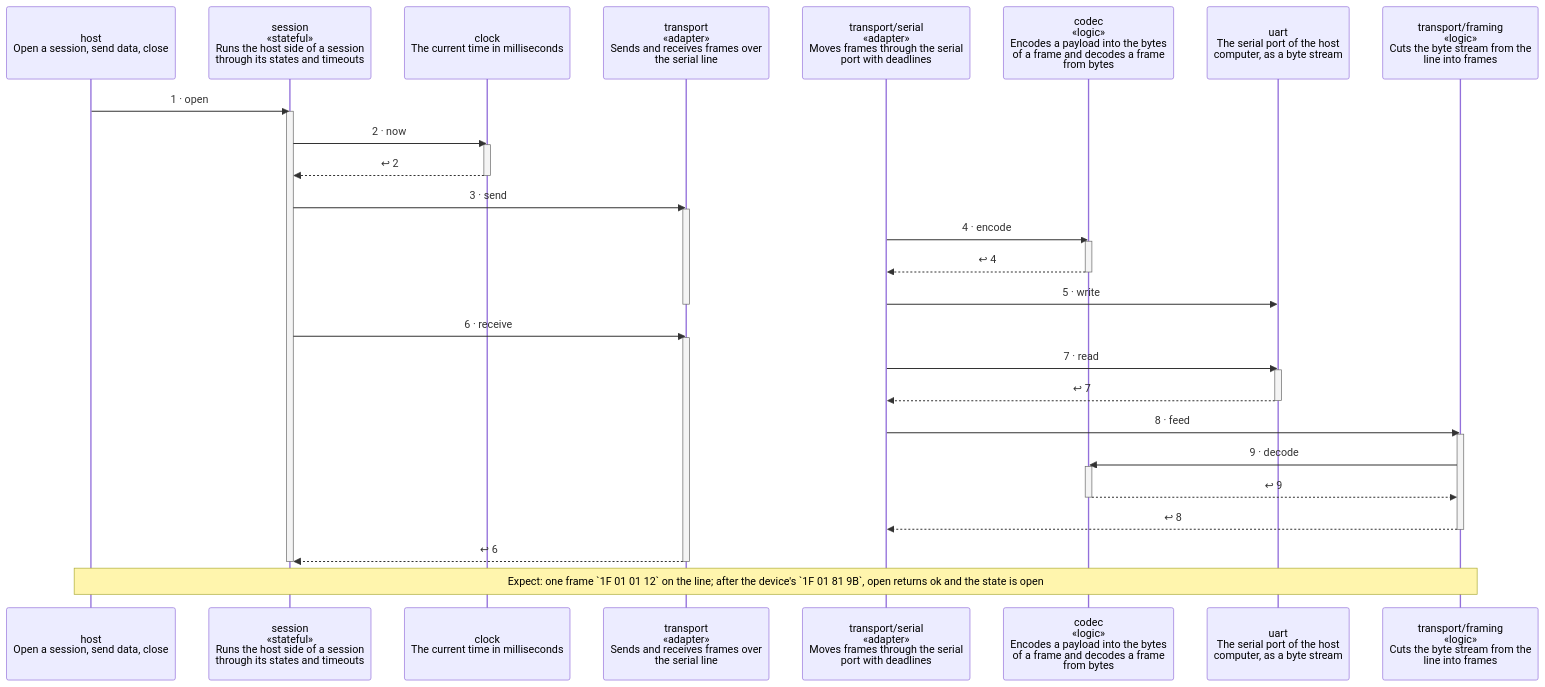
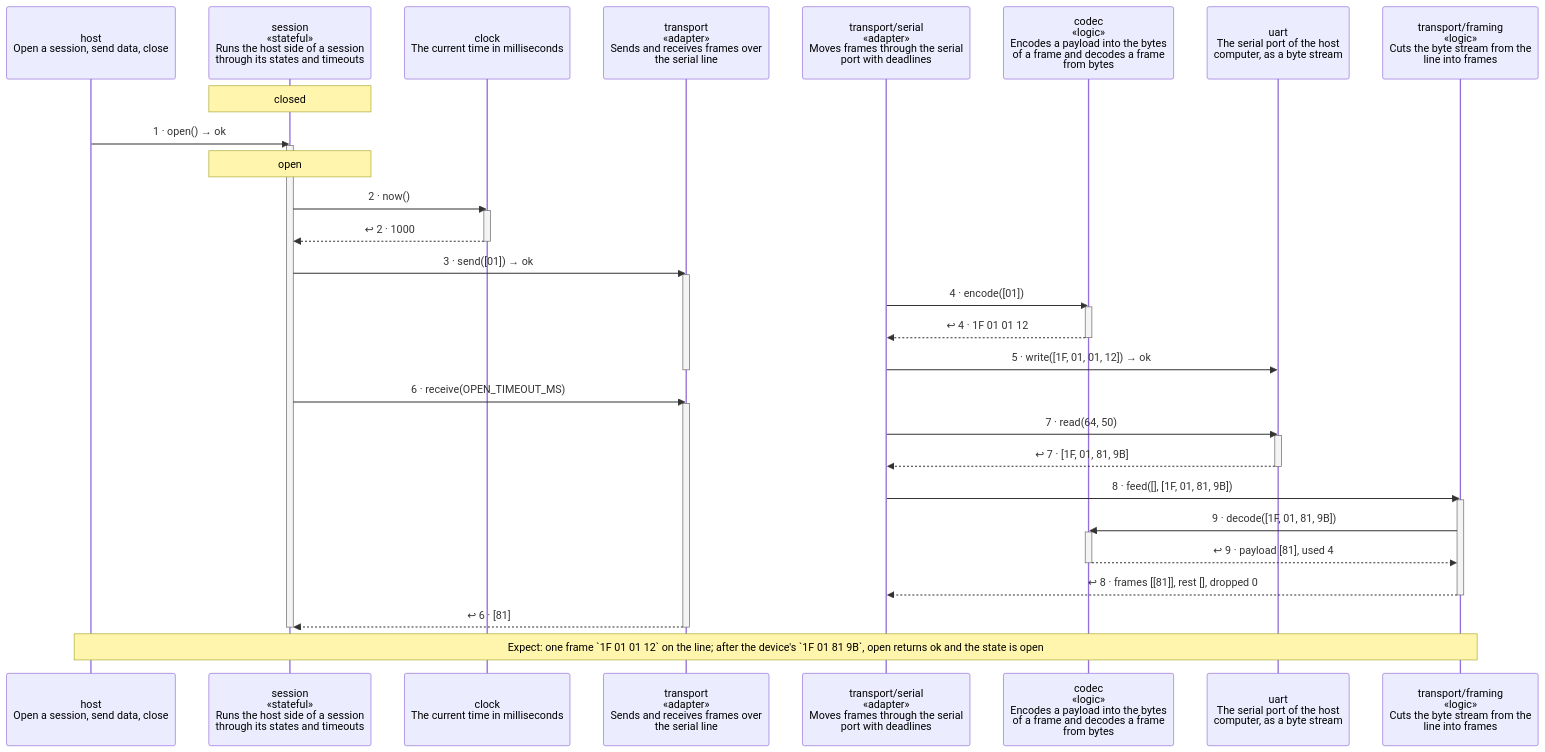
One commit to wackazong/unifold changed the diagram in examples/serial-line/docs/diagrams/scenario-open.md. Above: the diagram before and after it, drawn with Mermaid. The commit also changed other lines of this file and 30 other files, not shown here.

````diff
--- a/examples/serial-line/docs/diagrams/scenario-open.md
+++ b/examples/serial-line/docs/diagrams/scenario-open.md
@@ -12,48 +12,50 @@
 ```mermaid
 ---
 config:
   sequence:
     height: 108
 ---
 sequenceDiagram
   participant phost as host<br/>Open a session, send data, close
   participant psession as session<br/>«stateful»<br/>Runs the host side of a session<br/>through its states and timeouts
   participant pclock as clock<br/>The current time in milliseconds
   participant ptransport as transport<br/>«adapter»<br/>Sends and receives frames over<br/>the serial line
   participant ptransport__serial as transport/serial<br/>«adapter»<br/>Moves frames through the serial<br/>port with deadlines
   participant pcodec as codec<br/>«logic»<br/>Encodes a payload into the bytes<br/>of a frame and decodes a frame<br/>from bytes
   participant puart as uart<br/>The serial port of the host<br/>computer, as a byte stream
   participant ptransport__framing as transport/framing<br/>«logic»<br/>Cuts the byte stream from the<br/>line into frames
-  phost->>psession: 1 · open
+  Note over psession: closed
+  phost->>psession: 1 · open() → ok
   activate psession
-  psession->>pclock: 2 · now
+  Note over psession: open
+  psession->>pclock: 2 · now()
   activate pclock
-  pclock-->>psession: ↩ 2
+  pclock-->>psession: ↩ 2 · 1000
   deactivate pclock
-  psession->>ptransport: 3 · send
+  psession->>ptransport: 3 · send([01]) → ok
   activate ptransport
-  ptransport__serial->>pcodec: 4 · encode
+  ptransport__serial->>pcodec: 4 · encode([01])
   activate pcodec
-  pcodec-->>ptransport__serial: ↩ 4
+  pcodec-->>ptransport__serial: ↩ 4 · 1F 01 01 12
   deactivate pcodec
-  ptransport__serial->>puart: 5 · write
+  ptransport__serial->>puart: 5 · write([1F, 01, 01, 12]) → ok
   deactivate ptransport
-  psession->>ptransport: 6 · receive
+  psession->>ptransport: 6 · receive(OPEN_TIMEOUT_MS)
   activate ptransport
-  ptransport__serial->>puart: 7 · read
+  ptransport__serial->>puart: 7 · read(64, 50)
   activate puart
-  puart-->>ptransport__serial: ↩ 7
+  puart-->>ptransport__serial: ↩ 7 · [1F, 01, 81, 9B]
   deactivate puart
-  ptransport__serial->>ptransport__framing: 8 · feed
+  ptransport__serial->>ptransport__framing: 8 · feed([], [1F, 01, 81, 9B])
   activate ptransport__framing
-  ptransport__framing->>pcodec: 9 · decode
+  ptransport__framing->>pcodec: 9 · decode([1F, 01, 81, 9B])
   activate pcodec
-  pcodec-->>ptransport__framing: ↩ 9
+  pcodec-->>ptransport__framing: ↩ 9 · payload [81], used 4
   deactivate pcodec
-  ptransport__framing-->>ptransport__serial: ↩ 8
+  ptransport__framing-->>ptransport__serial: ↩ 8 · frames [[81]], rest [], dropped 0
   deactivate ptransport__framing
-  ptransport-->>psession: ↩ 6
+  ptransport-->>psession: ↩ 6 · [81]
   deactivate ptransport
   deactivate psession
   Note over phost,ptransport__framing: wrap: Expect: one frame `1F 01 01 12` on the line#59; after the device's `1F 01 81 9B`, open returns ok and the state is open
 ```
````
